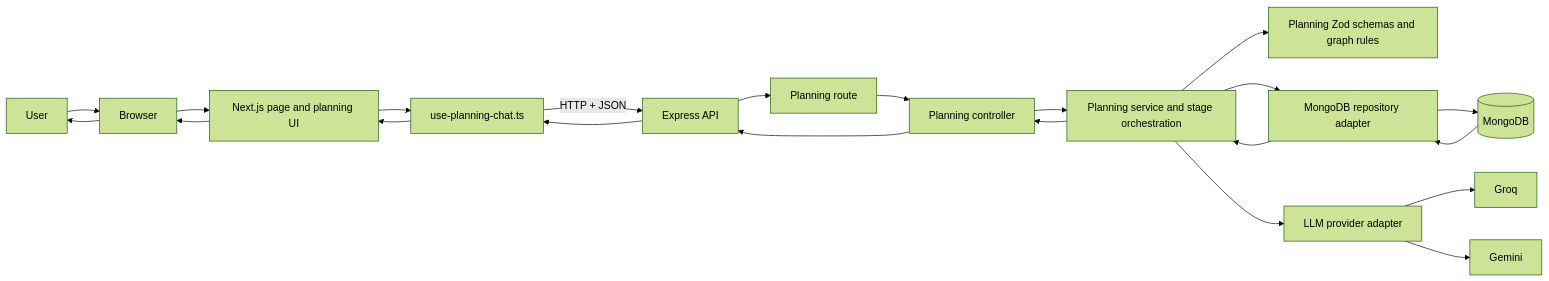
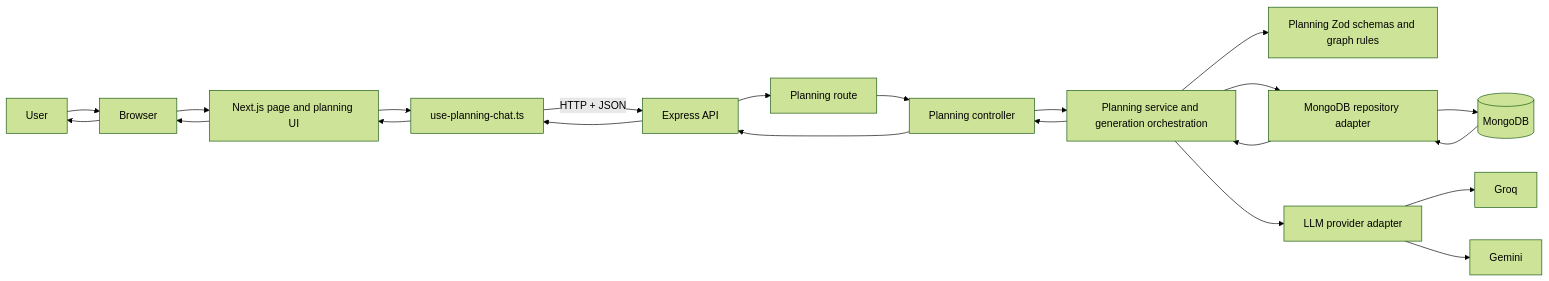
The first of 4 diagrams in architecture/10-frontend-backend-system-flow.md (MuhammadSalman-abc/Agentic-AI-Salman), drawn with Mermaid (forest theme) before and after one commit. The commit also changed other lines of this file and 78 other files, not shown here.

````diff
--- a/architecture/10-frontend-backend-system-flow.md
+++ b/architecture/10-frontend-backend-system-flow.md
@@ -9,27 +9,27 @@
 ```mermaid
 flowchart LR
   User[User]
   Browser[Browser]
   Next[Next.js page and planning UI]
   Hook[use-planning-chat.ts]
   Express[Express API]
   Route[Planning route]
   Controller[Planning controller]
-  Service[Planning service and stage orchestration]
+  Service[Planning service and generation orchestration]
   Validation[Planning Zod schemas and graph rules]
   MongoRepo[MongoDB repository adapter]
   Mongo[(MongoDB)]
   Provider[LLM provider adapter]
   Groq[Groq]
   Gemini[Gemini]
 
   User --> Browser --> Next --> Hook
   Hook -->|HTTP + JSON| Express
   Express --> Route --> Controller --> Service
   Service --> Validation
   Service --> MongoRepo --> Mongo
   Service --> Provider
   Provider --> Groq
   Provider --> Gemini
   Mongo --> MongoRepo --> Service --> Controller --> Express --> Hook --> Next --> Browser --> User
 ```
````
